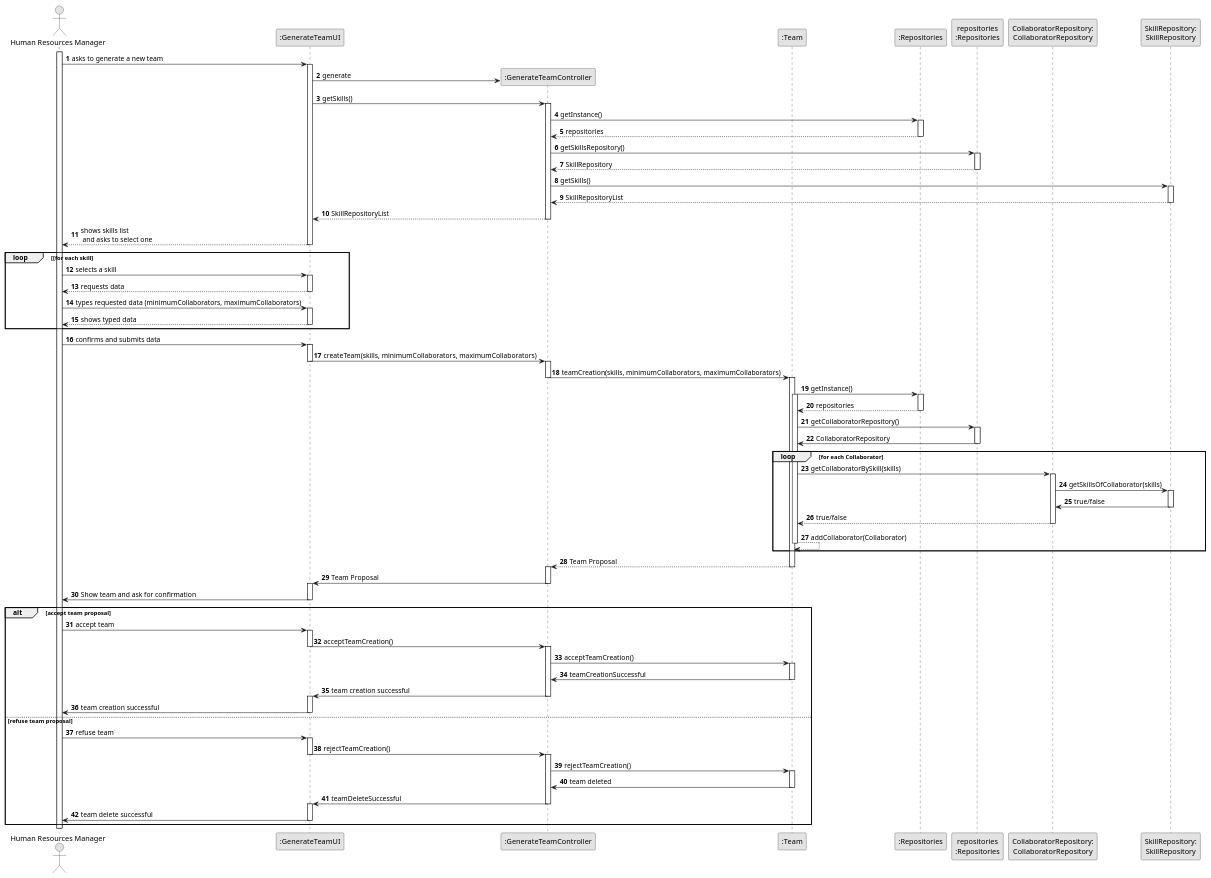
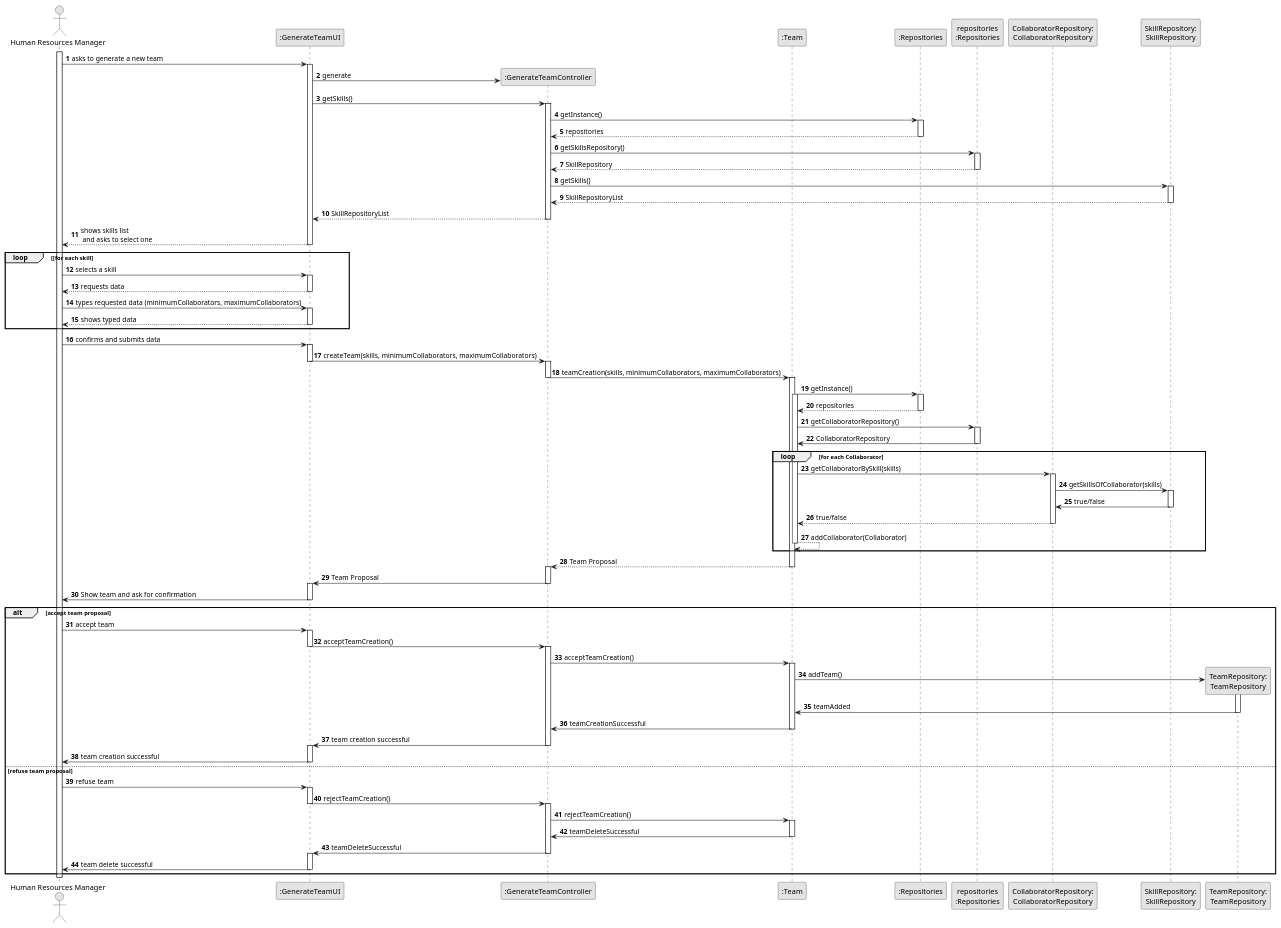
The diagram in docs/sprintB/us005/03.design/puml/us005-sequence-diagram-full.puml (SAEmanuel/Green_Spaces_Management_ISEP), drawn with PlantUML before and after one commit.

Commit message:
US005 Design v2.5.0

```diff
--- a/docs/sprintB/us005/03.design/puml/us005-sequence-diagram-full.puml
+++ b/docs/sprintB/us005/03.design/puml/us005-sequence-diagram-full.puml
@@ -1,177 +1,184 @@
 @startuml
 skinparam monochrome true
 skinparam packageStyle rectangle
 skinparam shadowing false
 
 autonumber
 
 'hide footbox
 actor "Human Resources Manager" as HRM
 participant ":GenerateTeamUI" as UI
 participant ":GenerateTeamController" as CTRL
 participant ":Team" as Team
 participant ":Repositories" as RepositorySingleton
 participant "repositories\n:Repositories" as PLAT
 participant "CollaboratorRepository:\nCollaboratorRepository" as CollaboratorRepository
 participant "SkillRepository:\nSkillRepository" as SkillRepository
+participant "TeamRepository:\nTeamRepository" as TeamRepository
 
 
 activate HRM
 
         HRM -> UI : asks to generate a new team
 
         activate UI
 
 '            UI --> ADM : requests data (reference, description,  informal \n description, technical description, duration, cost)
             'create CTRL
             UI -> CTRL** : generate
 
             UI -> CTRL : getSkills()
             activate CTRL
 
                 CTRL -> RepositorySingleton : getInstance()
                 activate RepositorySingleton
 
                     RepositorySingleton --> CTRL: repositories
                 deactivate RepositorySingleton
 
                 CTRL -> PLAT : getSkillsRepository()
                 activate PLAT
 
                     PLAT --> CTRL: SkillRepository
                 deactivate PLAT
 
                 CTRL -> SkillRepository : getSkills()
                 activate SkillRepository
 
                     SkillRepository --> CTRL : SkillRepositoryList
                 deactivate SkillRepository
 
                 CTRL --> UI : SkillRepositoryList
             deactivate CTRL
 
             UI --> HRM : shows skills list\n and asks to select one
         deactivate UI
 
     loop [for each skill
         HRM -> UI : selects a skill
         activate UI
 
             UI --> HRM : requests data
         deactivate UI
 
         HRM -> UI : types requested data (minimumCollaborators, maximumCollaborators)
         activate UI
 
             UI --> HRM : shows typed data
         deactivate UI
 
     end
 
 
     HRM -> UI : confirms and submits data
     activate UI
 
         UI -> CTRL : createTeam(skills, minimumCollaborators, maximumCollaborators)
         deactivate UI
 
         activate CTRL
 
             CTRL -> Team : teamCreation(skills, minimumCollaborators, maximumCollaborators)
         deactivate CTRL
 
         activate Team
 
 
                 Team -> RepositorySingleton : getInstance()
                 activate Team
 
                     activate RepositorySingleton
 
                         RepositorySingleton --> Team: repositories
                     deactivate RepositorySingleton
 
                     Team -> PLAT : getCollaboratorRepository()
                     activate PLAT
 
                         PLAT -> Team : CollaboratorRepository
                     deactivate PLAT
 
                     loop for each Collaborator
                         Team -> CollaboratorRepository : getCollaboratorBySkill(skills)
                         activate CollaboratorRepository
 
                             CollaboratorRepository -> SkillRepository : getSkillsOfCollaborator(skills)
                             activate SkillRepository
 
                                 SkillRepository -> CollaboratorRepository : true/false
                             deactivate SkillRepository
 
                             CollaboratorRepository --> Team : true/false
                         deactivate CollaboratorRepository
                         Team --> Team : addCollaborator(Collaborator)
                     deactivate Team
                     end
 
 
                     Team --> CTRL : Team Proposal
             deactivate Team
 
 
         activate CTRL
 
 
             CTRL -> UI : Team Proposal
             deactivate CTRL
 
         activate UI
 
             UI -> HRM: Show team and ask for confirmation
             deactivate UI
             alt accept team proposal
 
 
                 HRM -> UI : accept team
                 activate UI
 
                 UI -> CTRL : acceptTeamCreation()
                 deactivate UI
                 activate CTRL
 
                 CTRL -> Team : acceptTeamCreation()
+
                 activate Team
 
+                    Team -> TeamRepository** : addTeam()
+                    activate TeamRepository
+
+                    TeamRepository -> Team : teamAdded
+                    deactivate TeamRepository
                 Team -> CTRL : teamCreationSuccessful
                 deactivate Team
                 CTRL -> UI : team creation successful
                 deactivate CTRL
                 activate UI
 
                 UI -> HRM : team creation successful
                 deactivate UI
             else refuse team proposal
                HRM -> UI : refuse team
                activate UI
 
                UI -> CTRL : rejectTeamCreation()
                deactivate UI
 
                activate CTRL
 
                CTRL -> Team : rejectTeamCreation()
                activate Team
 
-               Team -> CTRL : team deleted
+               Team -> CTRL : teamDeleteSuccessful
                deactivate Team
                CTRL -> UI : teamDeleteSuccessful
                deactivate CTRL
                activate UI
 
                UI -> HRM : team delete successful
                deactivate UI
             end
     deactivate UI
 
 deactivate HRM
 
 @enduml
```
